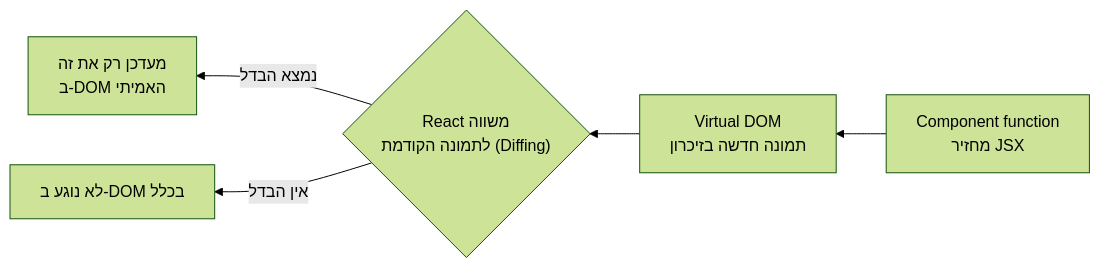
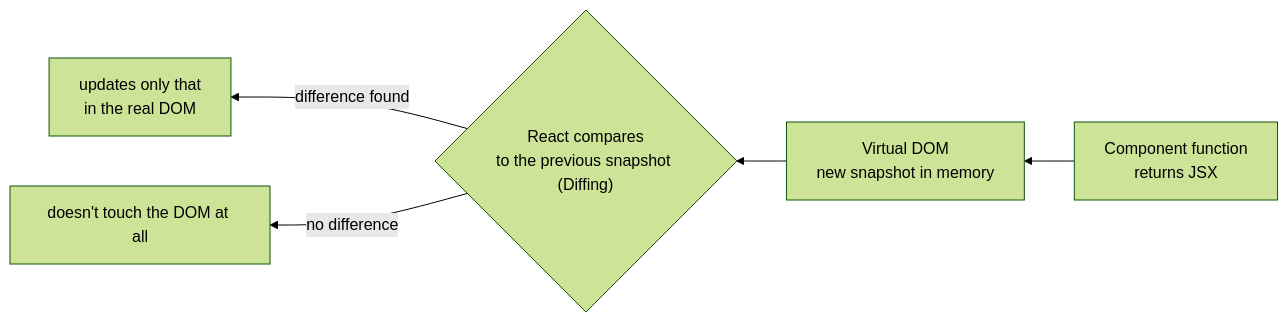
The diagram in content/docs/react/89-react-intro-content.md (neriyaMalachi/FullStack_kodkode_5), drawn with Mermaid (forest theme) before and after one commit. The commit also changed other lines of this file and 117 other files, not shown here.

````diff
--- a/content/docs/react/89-react-intro-content.md
+++ b/content/docs/react/89-react-intro-content.md
@@ -45,7 +45,7 @@
 ```mermaid
 flowchart RL
-    A["Component function<br/>מחזיר JSX"] --> B["Virtual DOM<br/>תמונה חדשה בזיכרון"]
-    B --> C{"React משווה<br/>לתמונה הקודמת (Diffing)"}
-    C -->|"נמצא הבדל"| D["מעדכן רק את זה<br/>ב-DOM האמיתי"]
-    C -->|"אין הבדל"| E["לא נוגע ב-DOM בכלל"]
+    A["Component function<br/>returns JSX"] --> B["Virtual DOM<br/>new snapshot in memory"]
+    B --> C{"React compares<br/>to the previous snapshot (Diffing)"}
+    C -->|"difference found"| D["updates only that<br/>in the real DOM"]
+    C -->|"no difference"| E["doesn't touch the DOM at all"]
 ```
````
